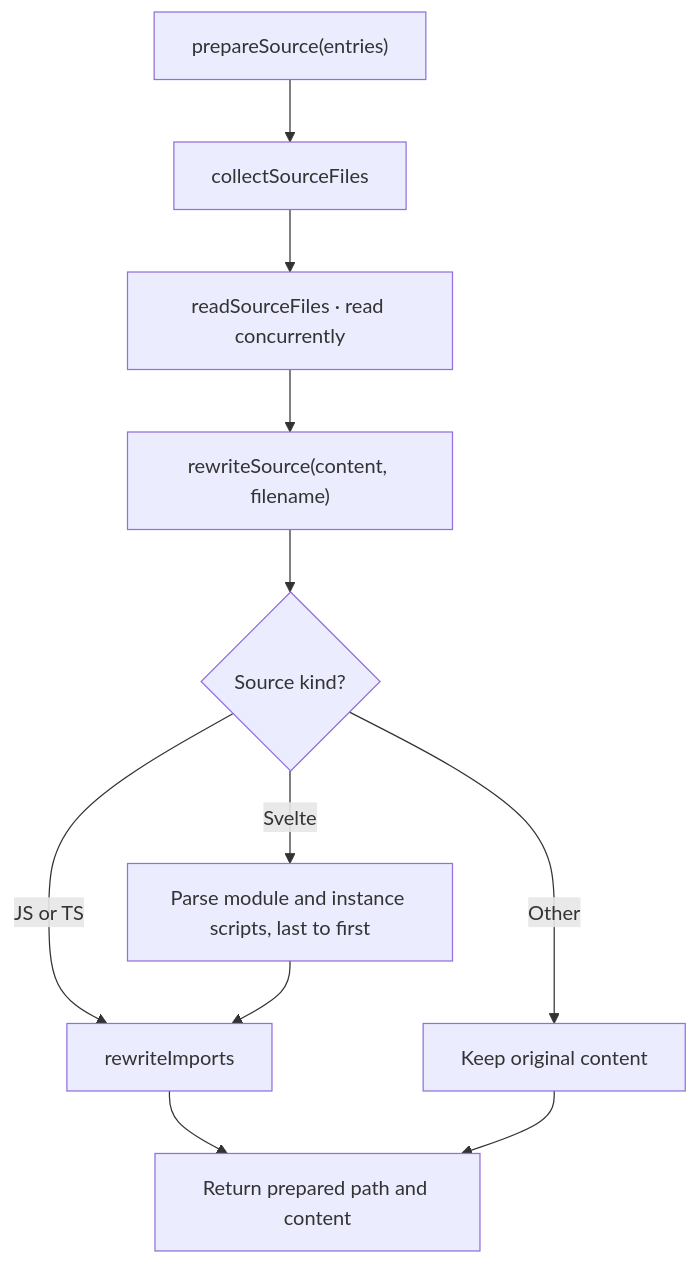
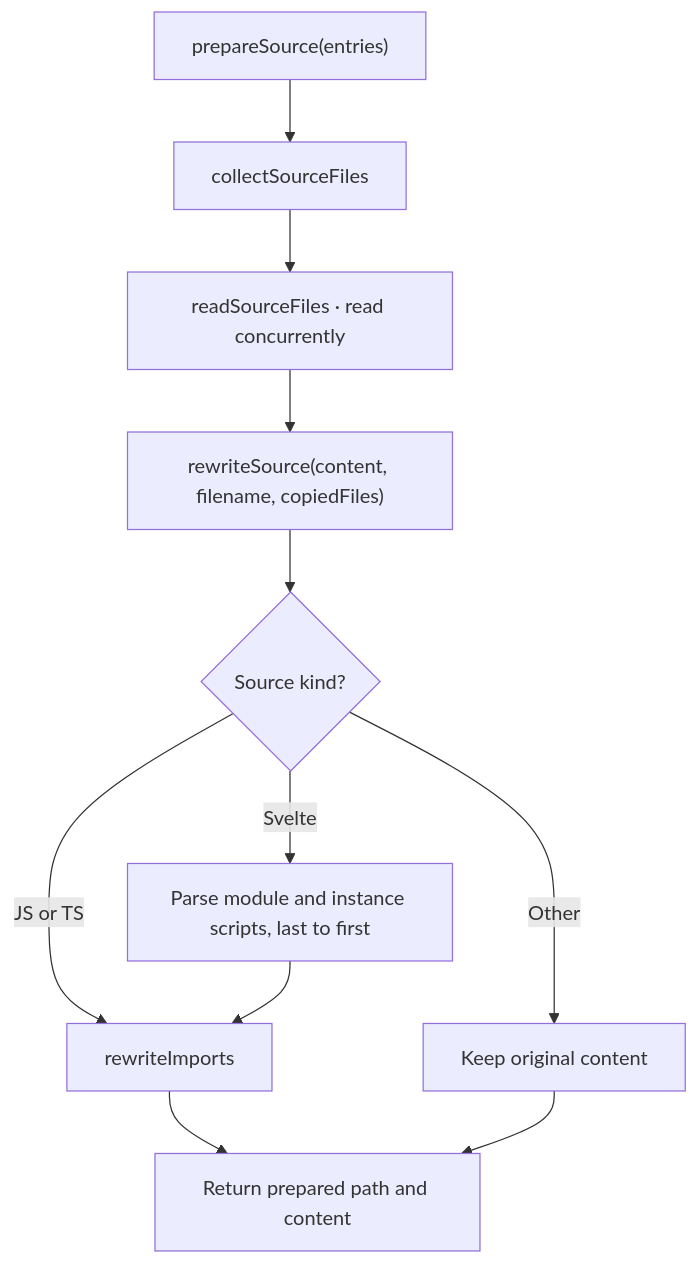
One commit to feuersteiner/bref-ui changed the first of 5 diagrams in cli/installation/README.md. Above: the diagram before and after it, drawn with Mermaid. The commit also changed other lines of this file and 5 other files, not shown here.

````diff
--- a/cli/installation/README.md
+++ b/cli/installation/README.md
@@ -17,13 +17,13 @@
 ```mermaid
 flowchart TD
     prepare["prepareSource(entries)"] --> files["collectSourceFiles"]
     files --> read["readSourceFiles · read concurrently"]
-    read --> rewrite["rewriteSource(content, filename)"]
+    read --> rewrite["rewriteSource(content, filename, copiedFiles)"]
     rewrite --> kind{"Source kind?"}
     kind -->|Svelte| scripts["Parse module and instance scripts, last to first"]
     kind -->|JS or TS| imports["rewriteImports"]
     kind -->|Other| unchanged["Keep original content"]
     scripts --> imports
     imports --> result["Return prepared path and content"]
     unchanged --> result
 ```
````
